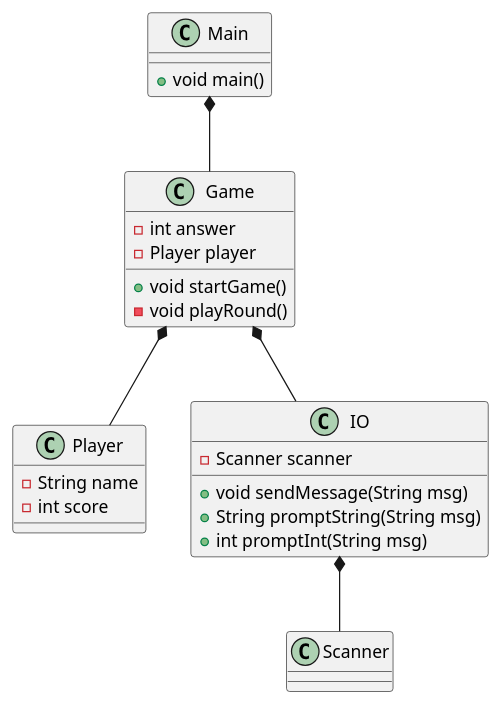
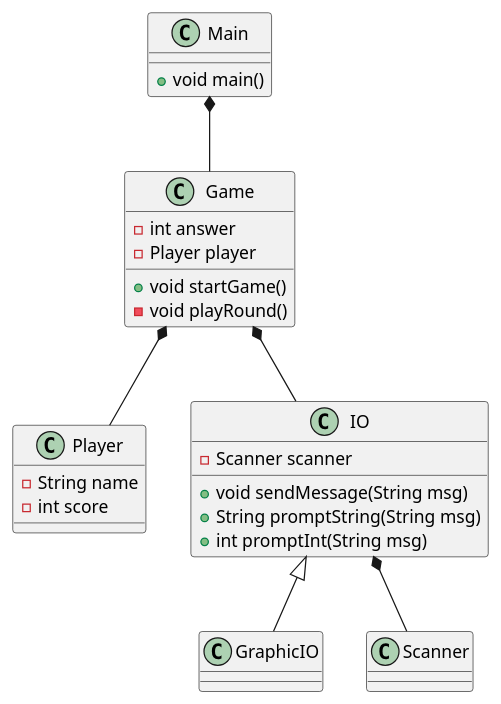
Before and after one commit to Dat1Cphbusiness/spring2026: the diagram in documentation/numbergame.puml, drawn with PlantUML. The commit also changed 2 other files, not shown here.

Commit message:
GraphicIO

```diff
--- a/documentation/numbergame.puml
+++ b/documentation/numbergame.puml
@@ -1,35 +1,38 @@
 @startuml
 'https://plantuml.com/class-diagram
 
 class Game{
     - int answer
     - Player player
     + void startGame()
     - void playRound()
 }
 
 class Player{
     - String name
     - int score
 }
 
 class IO{
     - Scanner scanner
     + void sendMessage(String msg)
     + String promptString(String msg)
     + int promptInt(String msg)
 }
 
+class GraphicIO{}
+
 class Main{
     + void main()
 }
 
 class Scanner{}
 
 IO *-- Scanner
 Game *-- IO
 Game *-- Player
 Main *-- Game
+IO <|-- GraphicIO
 
 
 @enduml
```
